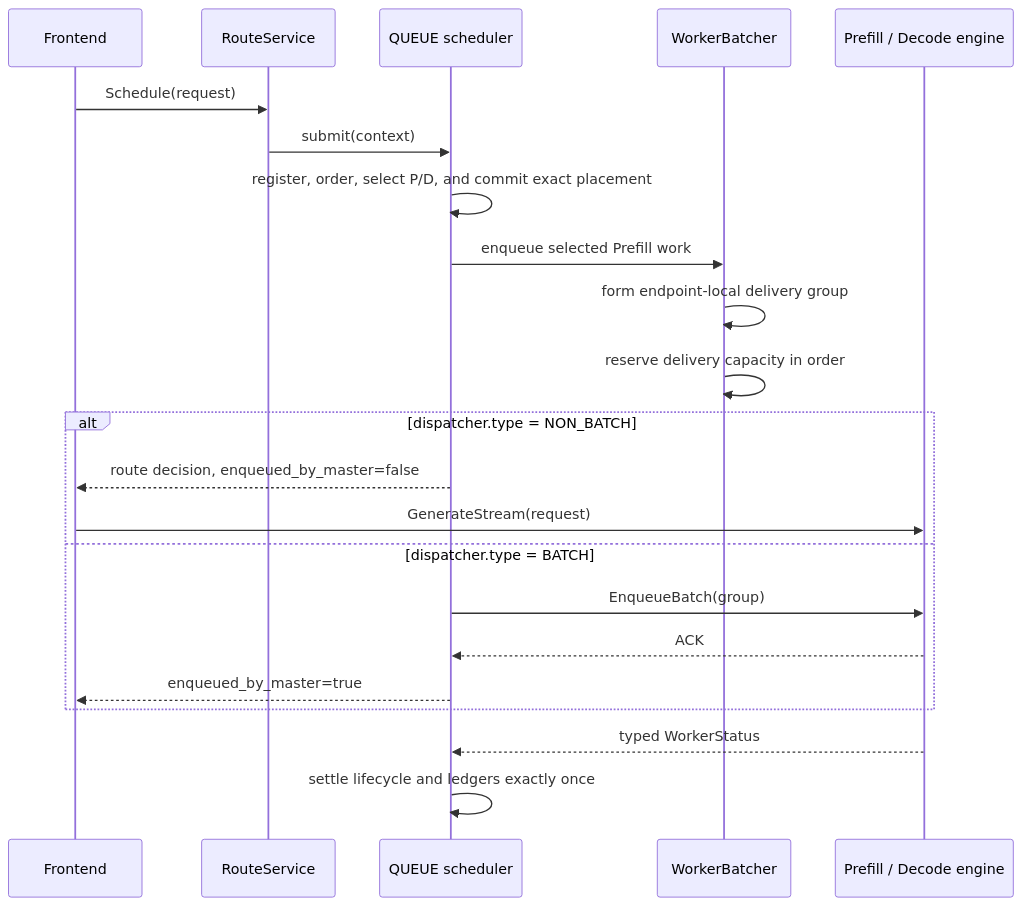
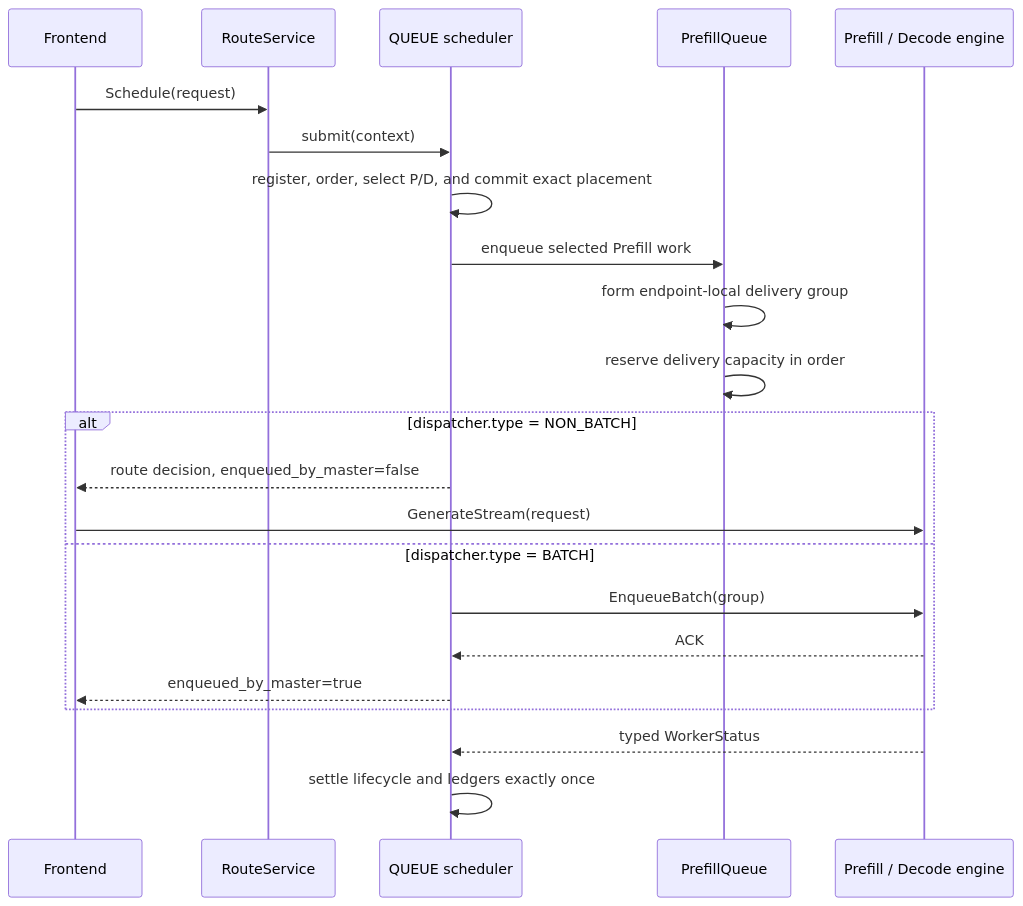
The second of 2 diagrams in rtp_llm/flexlb/docs/priority-scheduler-delivery-modes.md (alibaba/rtp-llm), drawn with Mermaid before and after one commit. The commit also changed other lines of this file and 29 other files, not shown here.

First line of the commit message:
refactor(flexlb): rename WorkerBatcher to PrefillQueue

````diff
--- a/rtp_llm/flexlb/docs/priority-scheduler-delivery-modes.md
+++ b/rtp_llm/flexlb/docs/priority-scheduler-delivery-modes.md
@@ -72,25 +72,25 @@
 ```mermaid
 sequenceDiagram
     participant F as Frontend
     participant R as RouteService
     participant S as QUEUE scheduler
-    participant W as WorkerBatcher
+    participant W as PrefillQueue
     participant E as Prefill / Decode engine
 
     F->>R: Schedule(request)
     R->>S: submit(context)
     S->>S: register, order, select P/D, and commit exact placement
     S->>W: enqueue selected Prefill work
     W->>W: form endpoint-local delivery group
     W->>W: reserve delivery capacity in order
     alt dispatcher.type = NON_BATCH
         S-->>F: route decision, enqueued_by_master=false
         F->>E: GenerateStream(request)
     else dispatcher.type = BATCH
         S->>E: EnqueueBatch(group)
         E-->>S: ACK
         S-->>F: enqueued_by_master=true
     end
     E-->>S: typed WorkerStatus
     S->>S: settle lifecycle and ledgers exactly once
 ```
````
